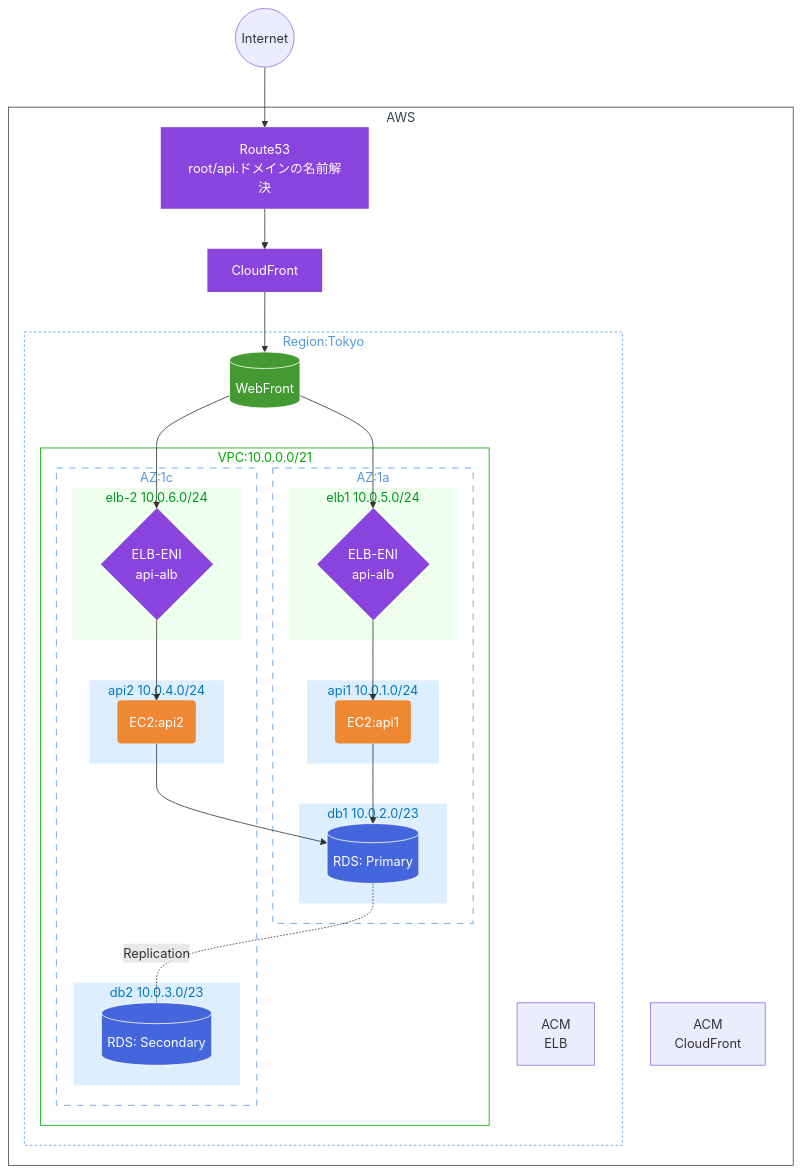
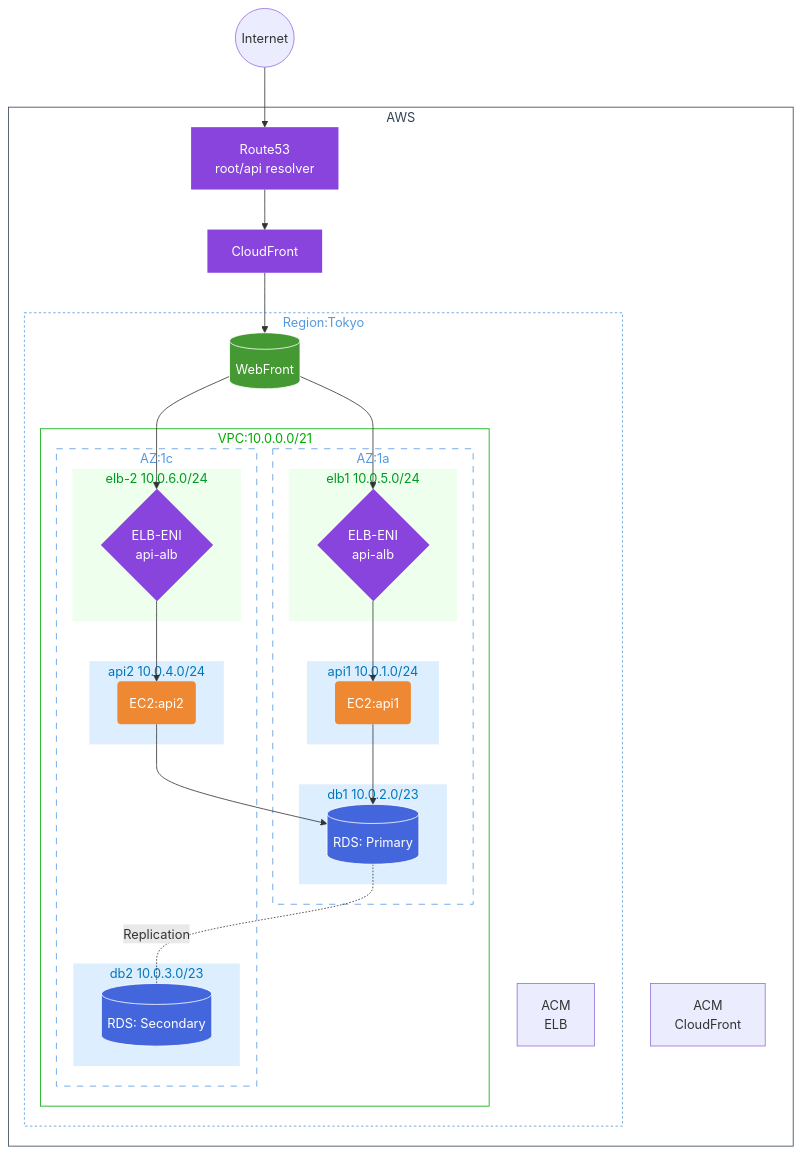
Before and after one commit to kuma8088/ct_sprints_iimura: the diagram in README.md, drawn with Mermaid.

Commit message:
Mermaid update

```diff
--- a/README.md
+++ b/README.md
@@ -19,7 +19,7 @@
 
 %%グループとサービス
 subgraph GC[AWS]
-  DNS[Route53<br>root/api.ドメインの名前解決]
+  DNS[Route53<br>root/api resolver]
   ACM2[ACM<br>CloudFront]
   subgraph GR[Region:Tokyo]
     ACM[ACM<br>ELB]
```
